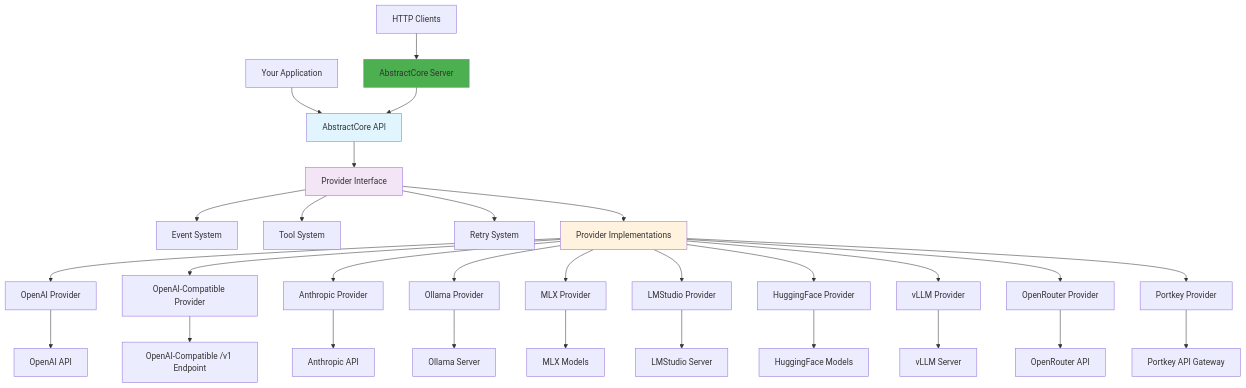
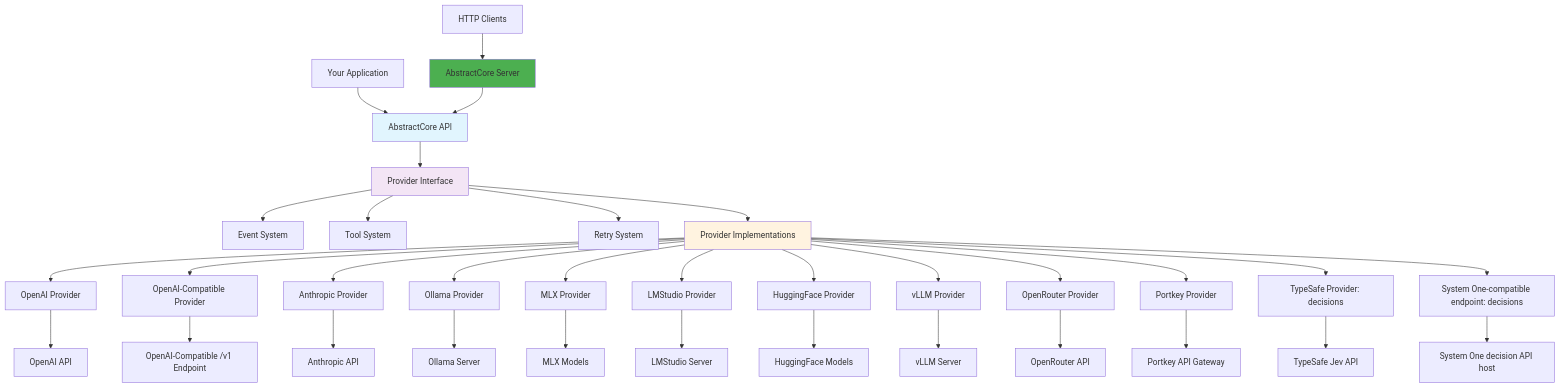
The first of 21 diagrams in docs/architecture.md (lpalbou/AbstractCore), drawn with Mermaid before and after one commit. The commit also changed other lines of this file and 28 other files, not shown here.

````diff
--- a/docs/architecture.md
+++ b/docs/architecture.md
@@ -25,39 +25,43 @@
 ```mermaid
 graph TD
     A[Your Application] --> B[AbstractCore API]
     AA[HTTP Clients] --> BB[AbstractCore Server]
     BB --> B
     
     B --> C[Provider Interface]
     C --> D[Event System]
     C --> E[Tool System]
     C --> F[Retry System]
     C --> G[Provider Implementations]
 
     G --> H[OpenAI Provider]
     G --> HH[OpenAI-Compatible Provider]
     G --> I[Anthropic Provider]
     G --> J[Ollama Provider]
     G --> K[MLX Provider]
     G --> L[LMStudio Provider]
     G --> M[HuggingFace Provider]
     G --> MM[vLLM Provider]
     G --> MN[OpenRouter Provider]
     G --> MP[Portkey Provider]
+    G --> MT[TypeSafe Provider: decisions]
+    G --> MS[System One-compatible endpoint: decisions]
 
     H --> N[OpenAI API]
     HH --> NN[OpenAI-Compatible /v1 Endpoint]
     I --> O[Anthropic API]
     J --> P[Ollama Server]
     K --> Q[MLX Models]
     L --> R[LMStudio Server]
     M --> S[HuggingFace Models]
     MM --> RR[vLLM Server]
     MN --> RO[OpenRouter API]
     MP --> RP[Portkey API Gateway]
+    MT --> RT[TypeSafe Jev API]
+    MS --> RS[System One decision API host]
 
     style B fill:#e1f5fe
     style BB fill:#4caf50
     style C fill:#f3e5f5
     style G fill:#fff3e0
 ```
````
